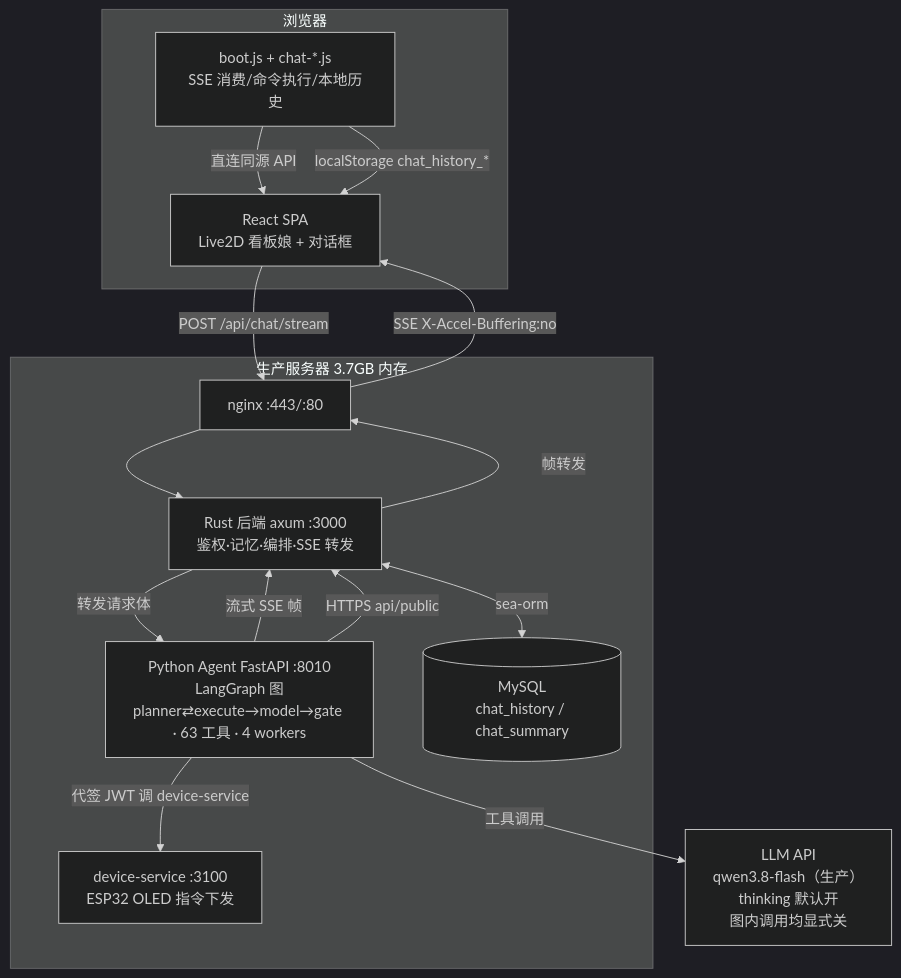
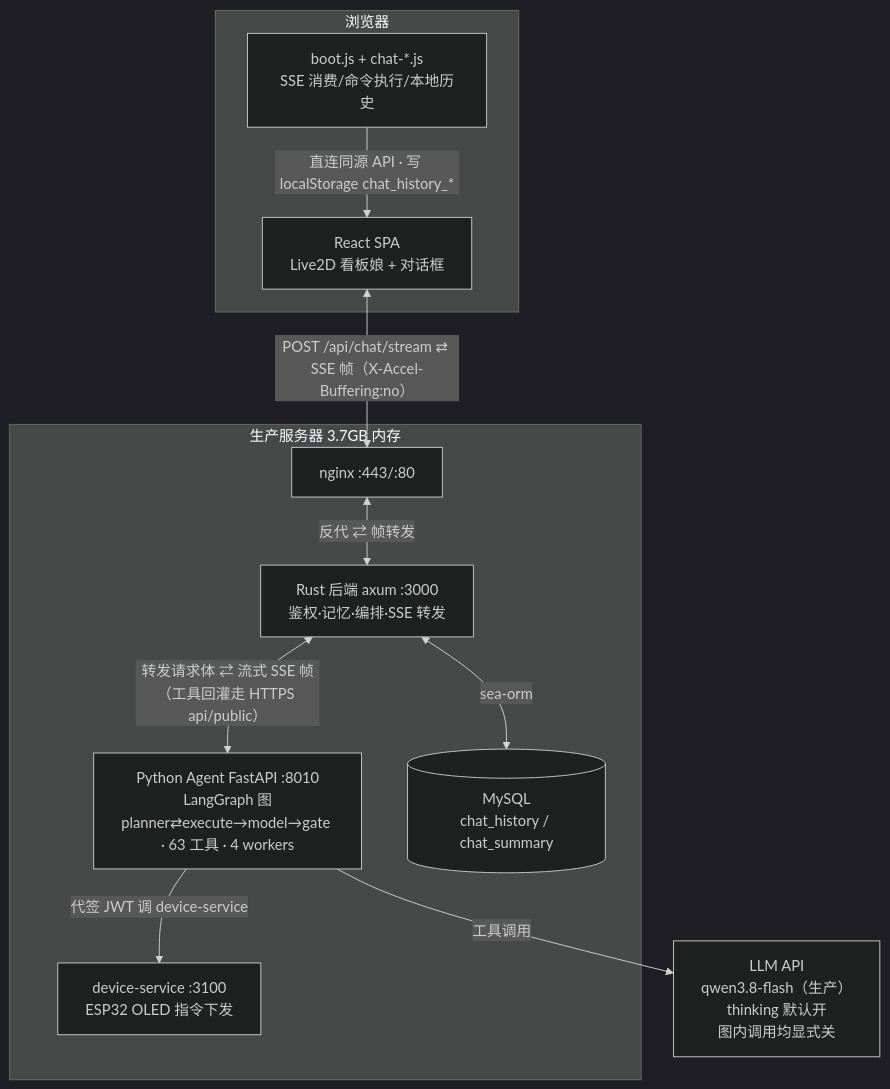
One commit to BigLeopardCat/saudade-blog-agent changed the first of 5 diagrams in docs/agent-architecture.md. Above: the diagram before and after it, drawn with Mermaid (dark theme). The commit also changed 2 other files, not shown here.

Commit message:
docs: 架构图改左右排版、成对往返边并为双向箭头
- 三张图两种毛病：成对的往返被画成两条反向边（dagre 只能让它们折返），
  以及方向不对（流水线用了上下排）。
- README.md 的 agent 节点图（planner ⇄ execute → model → gate）：`flowchart TB`
  改 `flowchart LR`；「调用清单 / 读取工具帧，继续·修正·收尾」与「调用 /
  工具帧 + 回执」两对往返各并为一条 `<-->`。
- docs/agent-architecture.md 的部署图保留 TB（它是进程栈不是流水线），
  只把 UI ⇄ nginx、nginx ⇄ Rust、Rust ⇄ Agent 三对往返各并成一条，
  工具回灌那条 HTTPS api/public 并进 Rust ⇄ Agent 的标注。
- docs/eval-observability.md 的四层评测图由 TB 改 LR：原图 1009×309 宽过正文列
  会被整体缩小，LR 后 671×547，缩得更少。
- 判据是当场渲染量出来的（仓里的 mermaid 起真浏览器，量每条 `flowchart-link`
  的路径长 ÷ 两端直线距离，改动前后两臂在同一次运行里渲染）：
  README 1.238 → 1.072、最绕的一条 1.688 → 1.194；部署图 1.144 → 1.025、
  1.821 → 1.093。另外三张 TB 图实测已是 1.00–1.02（几乎全直），没动——
  它们改成 LR 只会变宽，不会变直。
- 一处出处挪动：README 里「工具帧 + 回执」原画成 工具层 → planner，
  现挂在 `execute ⇄ 工具层` 上——execute 才是真正调工具、收 ToolMessage 的节点，
  帧再到 planner 由既有的 `execute → planner` 那条边承担。语义没少，出处挪一格。

````diff
--- a/docs/agent-architecture.md
+++ b/docs/agent-architecture.md
@@ -23,30 +23,25 @@
 ```mermaid
 flowchart TB
     subgraph Browser[浏览器]
         UI[React SPA<br/>Live2D 看板娘 + 对话框]
         AJS[boot.js + chat-*.js<br/>SSE 消费/命令执行/本地历史]
     end
 
     subgraph Server[生产服务器 3.7GB 内存]
         NGX[nginx :443/:80]
         RUST[Rust 后端 axum :3000<br/>鉴权·记忆·编排·SSE 转发]
         AGT[Python Agent FastAPI :8010<br/>LangGraph 图<br/>planner⇄execute→model→gate · 63 工具 · 4 workers]
         MYSQL[(MySQL<br/>chat_history / chat_summary)]
         DEV[device-service :3100<br/>ESP32 OLED 指令下发]
     end
 
     LLM[LLM API<br/>qwen3.8-flash（生产）<br/>thinking 默认开<br/>图内调用均显式关]
 
-    UI -->|POST /api/chat/stream| NGX
-    NGX --> RUST
-    RUST -->|转发请求体| AGT
-    AGT -->|流式 SSE 帧| RUST
-    RUST -->|帧转发| NGX
-    NGX -->|SSE X-Accel-Buffering:no| UI
-    AJS -->|直连同源 API| UI
+    UI <-->|"POST /api/chat/stream ⇄ SSE 帧（X-Accel-Buffering:no）"| NGX
+    NGX <-->|"反代 ⇄ 帧转发"| RUST
+    RUST <-->|"转发请求体 ⇄ 流式 SSE 帧<br/>（工具回灌走 HTTPS api/public）"| AGT
+    AJS -->|"直连同源 API · 写 localStorage chat_history_*"| UI
     RUST <-->|sea-orm| MYSQL
     AGT -->|工具调用| LLM
-    AGT -->|HTTPS api/public| RUST
     AGT -->|代签 JWT 调 device-service| DEV
-    AJS -->|localStorage chat_history_*| UI
 ```
````
